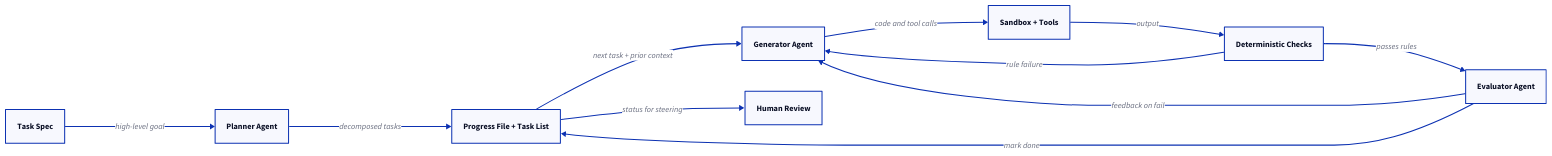
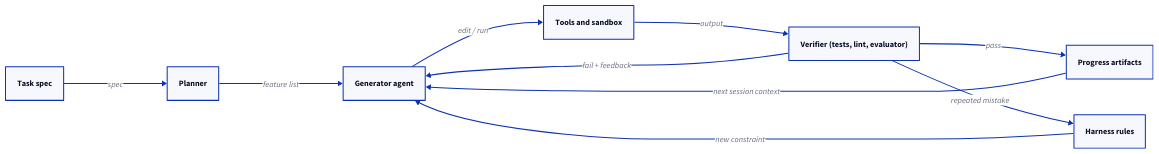
The diagram in blog/public/posts/harness-engineering/diagram.d2 (kobyal/ai-news-briefing), drawn with D2 before and after one commit. The commit also changed 24 other files, not shown here.

```diff
--- a/blog/public/posts/harness-engineering/diagram.d2
+++ b/blog/public/posts/harness-engineering/diagram.d2
@@ -1,19 +1,17 @@
 direction: right
-spec: Task Spec
-planner: Planner Agent
-progress: Progress File + Task List
-generator: Generator Agent
-sandbox: Sandbox + Tools
-checks: Deterministic Checks
-evaluator: Evaluator Agent
-human: Human Review
-spec -> planner: high-level goal
-planner -> progress: decomposed tasks
-progress -> generator: next task + prior context
-generator -> sandbox: code and tool calls
-sandbox -> checks: output
-checks -> evaluator: passes rules
-checks -> generator: rule failure
-evaluator -> generator: feedback on fail
-evaluator -> progress: mark done
-progress -> human: status for steering
+task: Task spec
+planner: Planner
+generator: Generator agent
+tools: Tools and sandbox
+verifier: Verifier (tests, lint, evaluator)
+artifacts: Progress artifacts
+rules: Harness rules
+task -> planner: spec
+planner -> generator: feature list
+generator -> tools: edit / run
+tools -> verifier: output
+verifier -> generator: fail + feedback
+verifier -> artifacts: pass
+artifacts -> generator: next session context
+verifier -> rules: repeated mistake
+rules -> generator: new constraint
```
